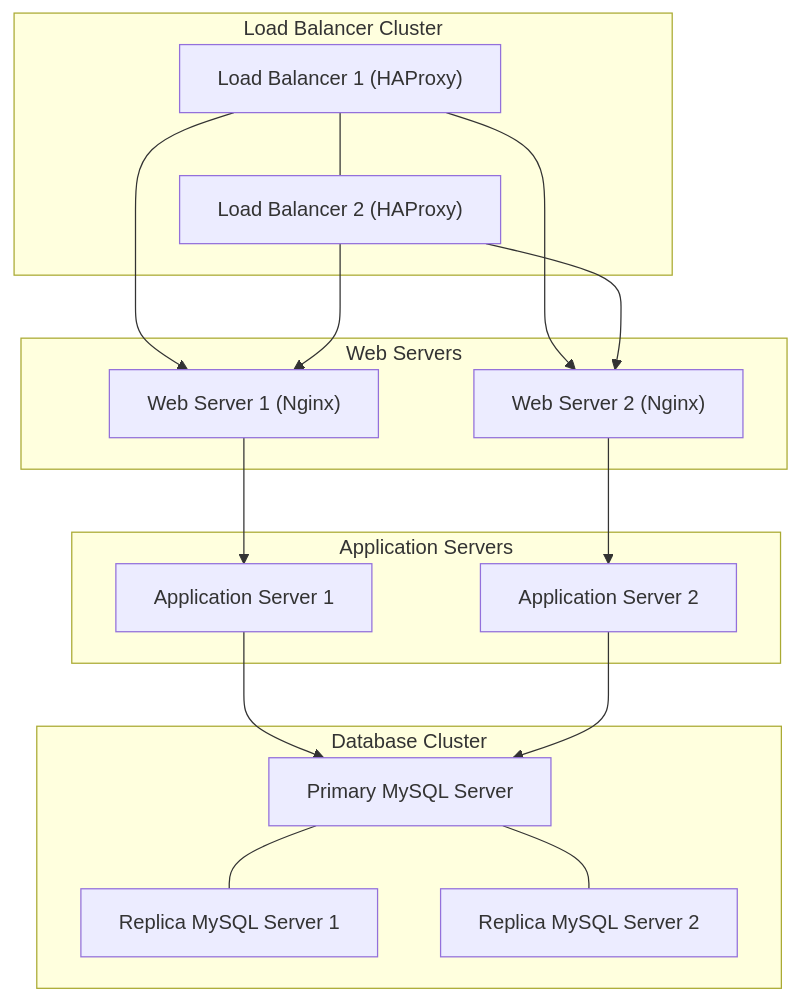
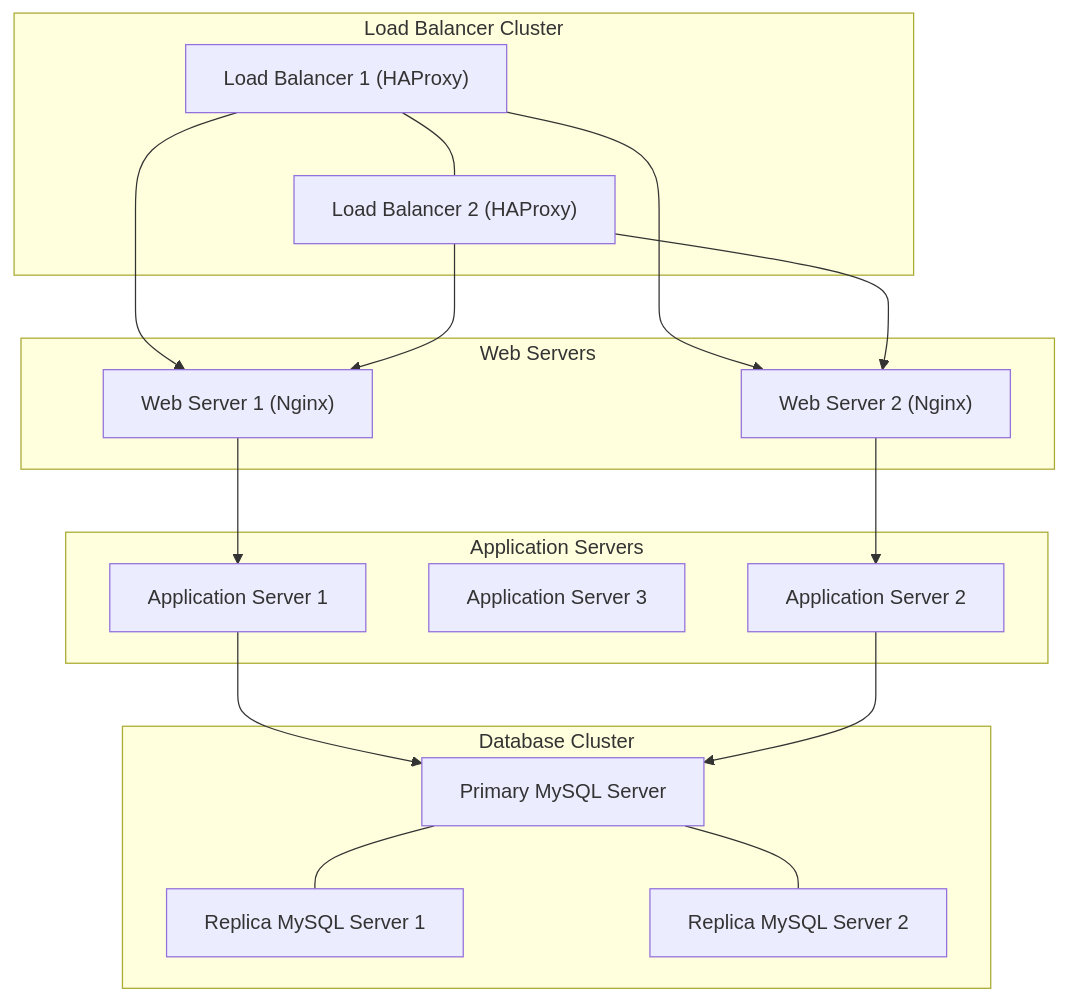
One commit to mrfouu/holbertonschool-system_engineering-devops changed the diagram in 3-scale_up.md. Above: the diagram before and after it, drawn with Mermaid.

Commit message:
Ajouter un troisième serveur d'application au diagramme de l'infrastructure

````diff
--- a/3-scale_up.md
+++ b/3-scale_up.md
@@ -5,34 +5,35 @@
 ```mermaid
 graph TD
     subgraph Load Balancer Cluster
         LB1["Load Balancer 1 (HAProxy)"]
         LB2["Load Balancer 2 (HAProxy)"]
         LB1 --- LB2
     end
 
     subgraph Web Servers
         WS1["Web Server 1 (Nginx)"]
         WS2["Web Server 2 (Nginx)"]
         LB1 --> WS1
         LB1 --> WS2
         LB2 --> WS1
         LB2 --> WS2
     end
 
     subgraph Application Servers
         App1["Application Server 1"]
+        App3["Application Server 3"]
         App2["Application Server 2"]
         WS1 --> App1
         WS2 --> App2
     end
 
     subgraph Database Cluster
         DBPrimary["Primary MySQL Server"]
         DBReplica1["Replica MySQL Server 1"]
         DBReplica2["Replica MySQL Server 2"]
         App1 --> DBPrimary
         App2 --> DBPrimary
         DBPrimary --- DBReplica1
         DBPrimary --- DBReplica2
     end
 ```
````
